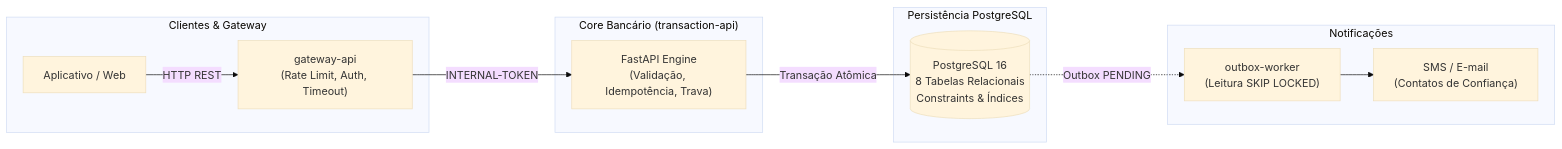
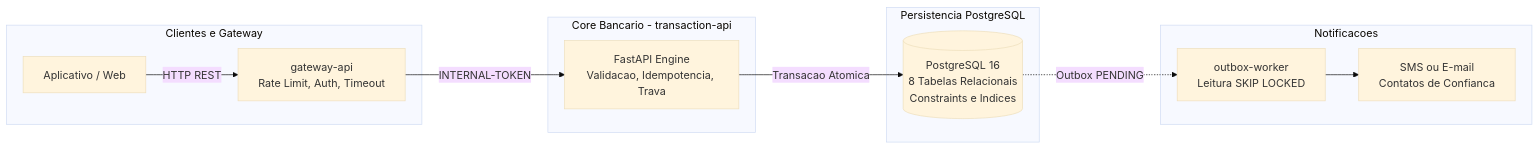
Before and after one commit to HenriqueJCManco/BootcampQITech: the first of 3 diagrams in bootcamp-base-api/README.md, drawn with Mermaid (base theme). The commit also changed other lines of this file, not shown here.

````diff
--- a/bootcamp-base-api/README.md
+++ b/bootcamp-base-api/README.md
@@ -57,26 +57,26 @@
 ```mermaid
 flowchart LR
-    subgraph Clientes["Clientes & Gateway"]
+    subgraph Clientes["Clientes e Gateway"]
         App["Aplicativo / Web"]
-        GW["gateway-api<br/>(Rate Limit, Auth, Timeout)"]
+        GW["gateway-api<br/>Rate Limit, Auth, Timeout"]
     end
 
-    subgraph Core["Core Bancário (transaction-api)"]
-        API["FastAPI Engine<br/>(Validação, Idempotência, Trava)"]
+    subgraph Core["Core Bancario - transaction-api"]
+        API["FastAPI Engine<br/>Validacao, Idempotencia, Trava"]
     end
 
-    subgraph Armazenamento["Persistência PostgreSQL"]
-        DB[("PostgreSQL 16<br/>8 Tabelas Relacionais<br/>Constraints & Índices")]
+    subgraph Armazenamento["Persistencia PostgreSQL"]
+        DB[("PostgreSQL 16<br/>8 Tabelas Relacionais<br/>Constraints e Indices")]
     end
 
-    subgraph Assincrono["Notificações"]
-        OutboxWorker["outbox-worker<br/>(Leitura SKIP LOCKED)"]
-        Canal["SMS / E-mail<br/>(Contatos de Confiança)"]
+    subgraph Assincrono["Notificacoes"]
+        OutboxWorker["outbox-worker<br/>Leitura SKIP LOCKED"]
+        Canal["SMS ou E-mail<br/>Contatos de Confianca"]
     end
 
     App -->|HTTP REST| GW
     GW -->|INTERNAL-TOKEN| API
-    API -->|Transação Atômica| DB
+    API -->|Transacao Atomica| DB
     DB -.->|Outbox PENDING| OutboxWorker
     OutboxWorker --> Canal
 ```
````
